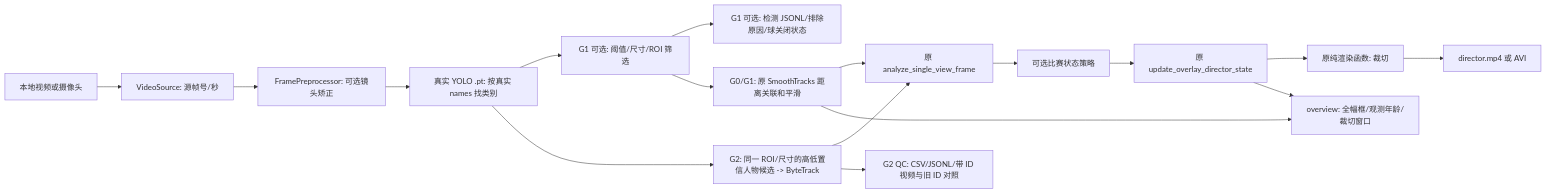
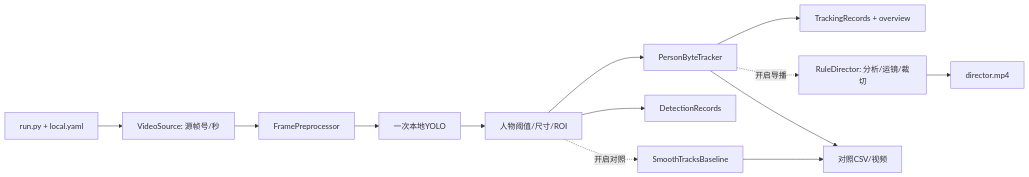
Before and after one commit to zzzokay/camera_150_with_face: the diagram in PROJECT_STRUCTURE.md, drawn with Mermaid. The commit also changed other lines of this file and 2930 other files, not shown here.

````diff
--- a/PROJECT_STRUCTURE.md
+++ b/PROJECT_STRUCTURE.md
@@ -86,19 +44,15 @@
 ```mermaid
 flowchart LR
-    A[本地视频或摄像头] --> B[VideoSource: 源帧号/秒]
-    B --> C[FramePreprocessor: 可选镜头矫正]
-    C --> D[真实 YOLO .pt: 按真实 names 找类别]
-    D --> D1[G1 可选: 阈值/尺寸/ROI 筛选]
-    D1 --> D2[G1 可选: 检测 JSONL/排除原因/球关闭状态]
-    D1 --> E[G0/G1: 原 SmoothTracks 距离关联和平滑]
-    D --> BT[G2: 同一 ROI/尺寸的高低置信人物候选 -> ByteTrack]
-    BT --> F
-    BT --> QC[G2 QC: CSV/JSONL/带 ID 视频与旧 ID 对照]
-    E --> F[原 analyze_single_view_frame]
-    F --> G[可选比赛状态策略]
-    G --> H[原 update_overlay_director_state]
-    H --> I[原纯渲染函数: 裁切]
-    I --> J[director.mp4 或 AVI]
-    E --> K[overview: 全幅框/观测年龄/裁切窗口]
-    H --> K
+    A[run.py + local.yaml] --> B[VideoSource: 源帧号/秒]
+    B --> C[FramePreprocessor]
+    C --> D[一次本地YOLO]
+    D --> E[人物阈值/尺寸/ROI]
+    E --> F[PersonByteTracker]
+    E --> G[DetectionRecords]
+    F --> H[TrackingRecords + overview]
+    F -.开启导播.-> I[RuleDirector: 分析/运镜/裁切]
+    I --> J[director.mp4]
+    E -.开启对照.-> K[SmoothTracksBaseline]
+    K --> L[对照CSV/视频]
+    F --> L
 ```
````
